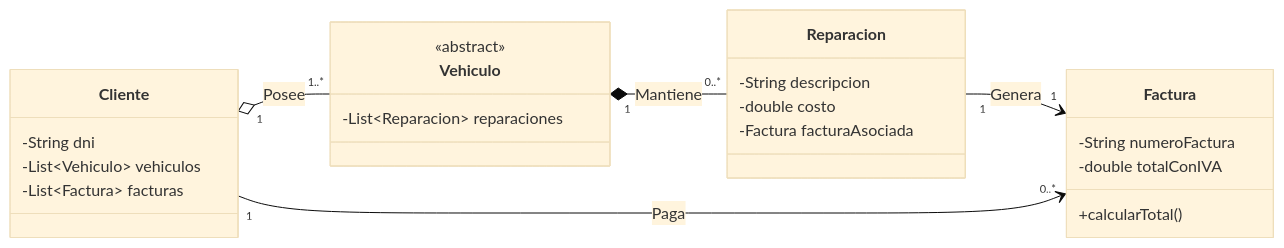
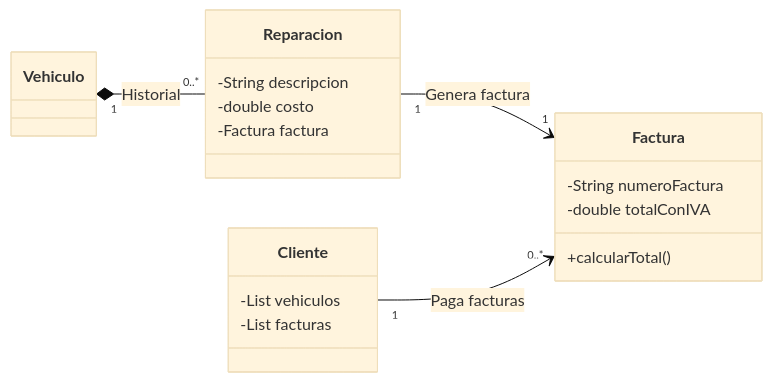
One commit to bbaakkuu-svg/6.3-Diagrama_De_Clases changed the second of 2 diagrams in DESIGN.md. Above: the diagram before and after it, drawn with Mermaid (base theme). The commit also changed other lines of this file and 11 other files, not shown here.

````diff
--- a/DESIGN.md
+++ b/DESIGN.md
@@ -89,33 +87,26 @@
 ```mermaid
 classDiagram
     direction LR
-    
+  
     class Cliente {
-        -String dni
-        -List~Vehiculo~ vehiculos
-        -List~Factura~ facturas
-    }
-
-    class Vehiculo {
-        <<abstract>>
-        -List~Reparacion~ reparaciones
+        -List vehiculos
+        -List facturas
     }
 
     class Reparacion {
         -String descripcion
         -double costo
-        -Factura facturaAsociada
+        -Factura factura
     }
 
     class Factura {
         -String numeroFactura
         -double totalConIVA
         +calcularTotal()
     }
 
-    %% Nuevas Relaciones de Ingeniería Inversa
-    Vehiculo "1" *-- "0..*" Reparacion : Mantiene
-    Reparacion "1" --> "1" Factura : Genera
-    Cliente "1" --> "0..*" Factura : Paga
-    Cliente "1" o-- "1..*" Vehiculo : Posee
+    %% Relaciones nuevas
+    Vehiculo "1" *-- "0..*" Reparacion : Historial
+    Reparacion "1" --> "1" Factura : Genera factura
+    Cliente "1" --> "0..*" Factura : Paga facturas
 ```
````
